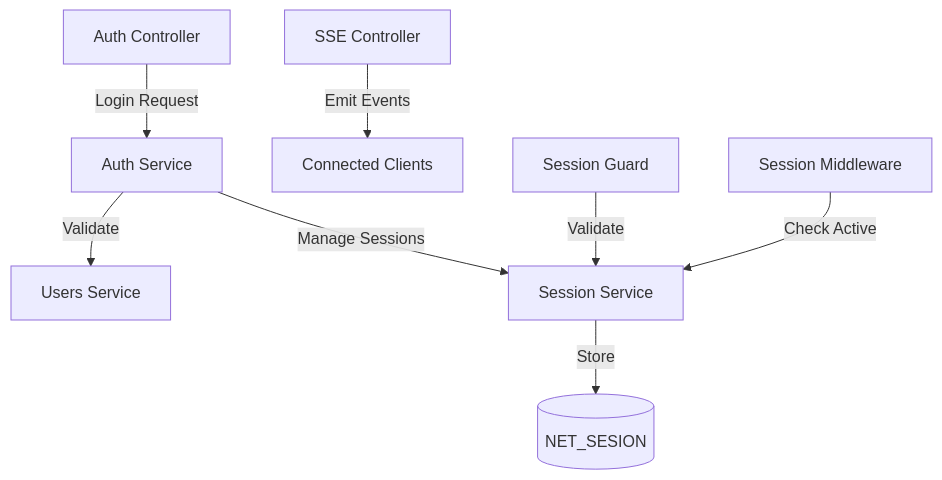
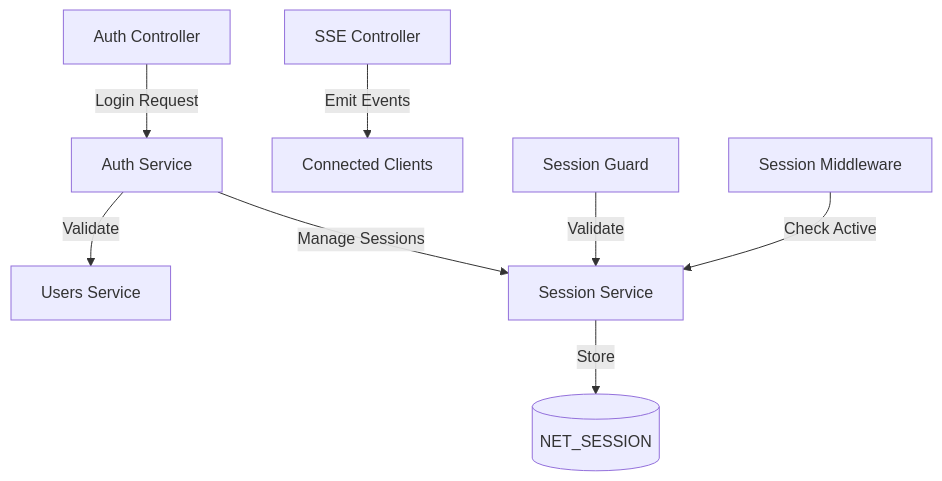
The second of 6 diagrams in plan-implementacion-sso.md (iamyare/INPRENET-main), drawn with Mermaid before and after one commit. The commit also changed other lines of this file, not shown here.

Commit message:
Actualizar la implementación de SSO para usar la tabla NET_SESSION y agregar soporte para refresh tokens

````diff
--- a/plan-implementacion-sso.md
+++ b/plan-implementacion-sso.md
@@ -48,10 +54,10 @@
 ```mermaid
 graph TD
     A[Auth Controller] -->|Login Request| B[Auth Service]
     B -->|Validate| C[Users Service]
     B -->|Manage Sessions| D[Session Service]
-    D -->|Store| E[(NET_SESION)]
+    D -->|Store| E[(NET_SESSION)]
     F[SSE Controller] -->|Emit Events| G[Connected Clients]
     H[Session Guard] -->|Validate| D
     I[Session Middleware] -->|Check Active| D
 ```
````
